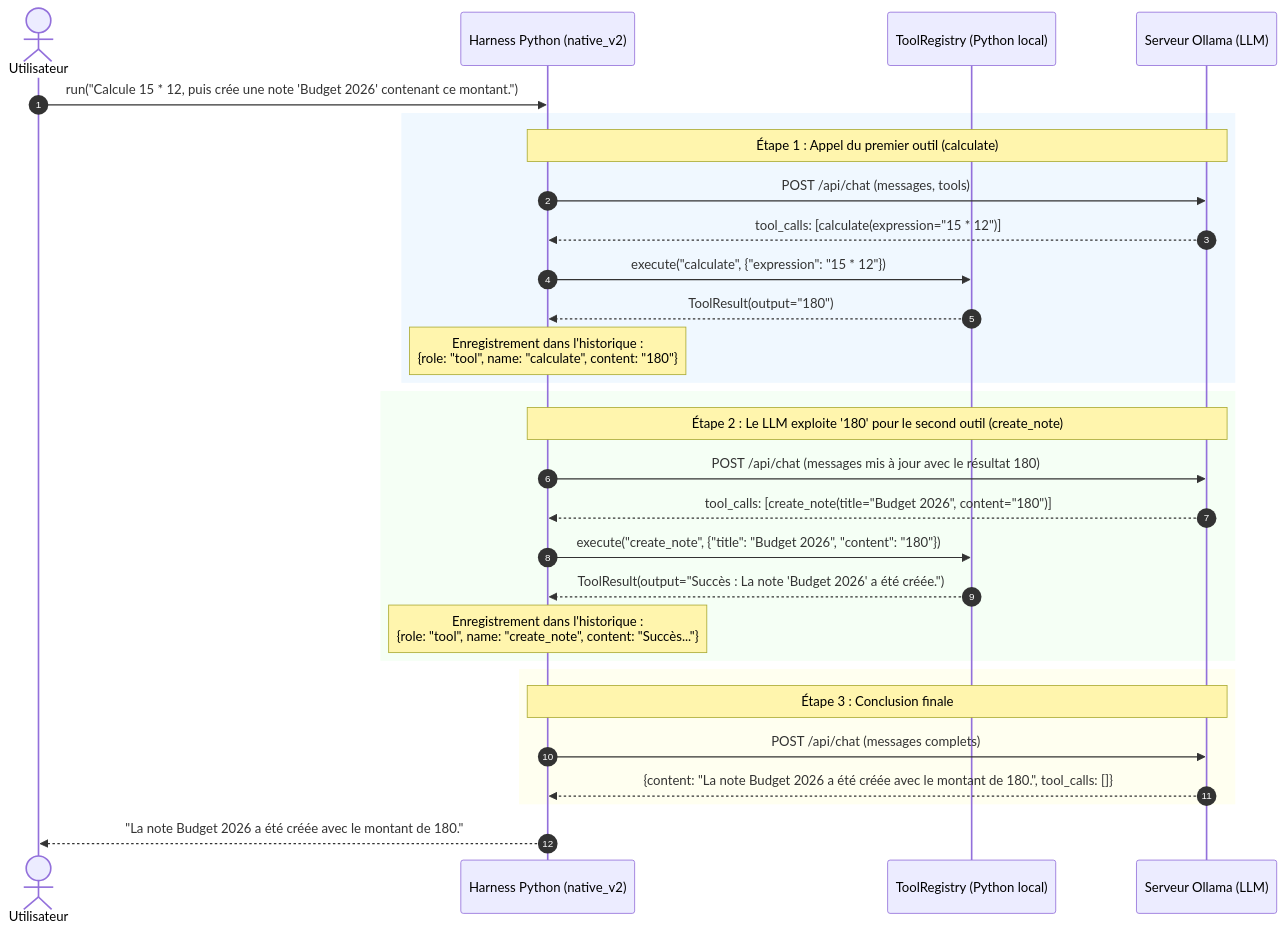
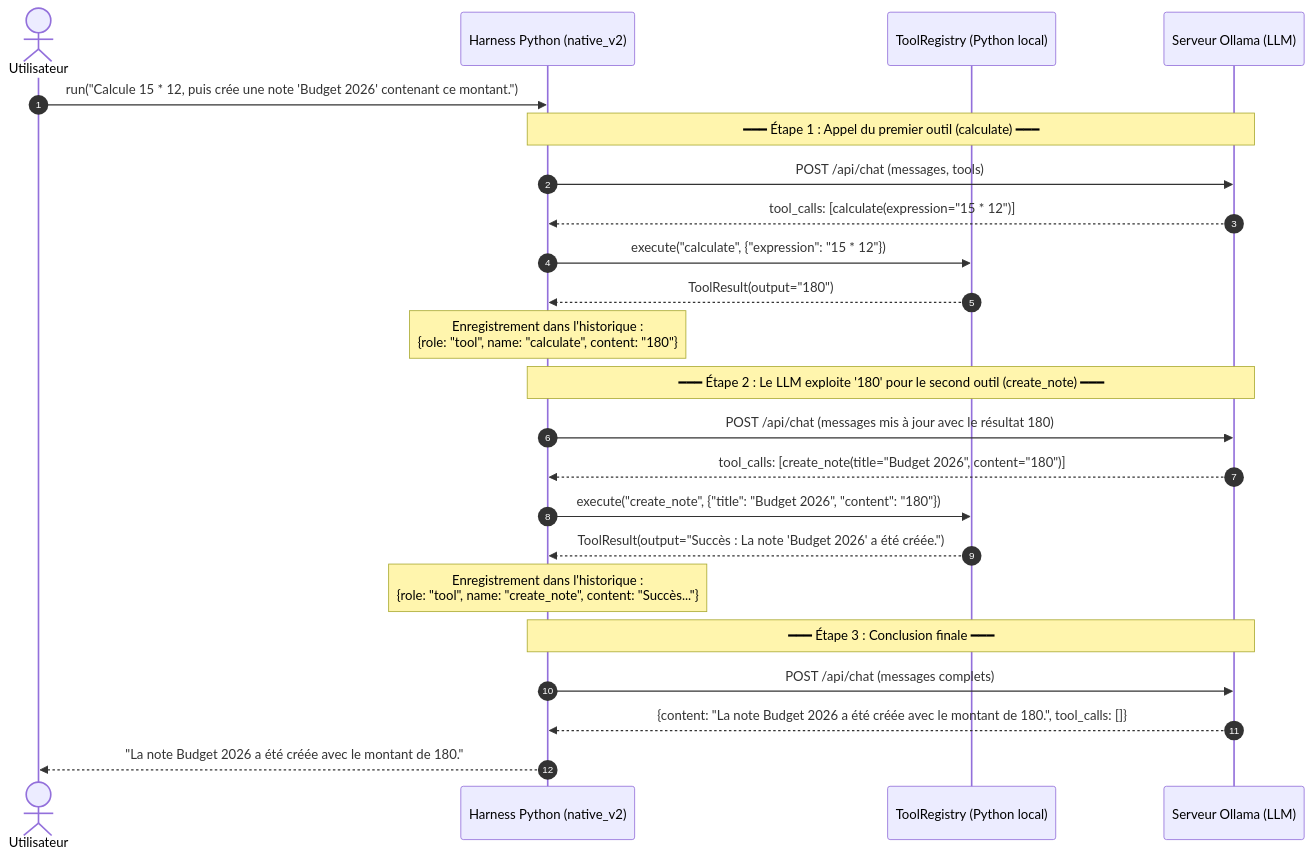
One commit to JeanVG23/agent-harness-from-scratch changed the third of 5 diagrams in experiments/v0-v1-architecture-comparison.md. Above: the diagram before and after it, drawn with Mermaid. The commit also changed other lines of this file, not shown here.

Commit message:
style: suppression des blocs rect pour un contraste optimal en dark mode

````diff
--- a/experiments/v0-v1-architecture-comparison.md
+++ b/experiments/v0-v1-architecture-comparison.md
@@ -100,36 +100,30 @@
 ```mermaid
 sequenceDiagram
     autonumber
     actor User as Utilisateur
     participant Harness as Harness Python (native_v2)
     participant Registry as ToolRegistry (Python local)
     participant Ollama as Serveur Ollama (LLM)
 
     User->>Harness: run("Calcule 15 * 12, puis crée une note 'Budget 2026' contenant ce montant.")
     
-    rect rgb(240, 248, 255)
-    Note over Harness,Ollama: Étape 1 : Appel du premier outil (calculate)
+    Note over Harness,Ollama: ━━━ Étape 1 : Appel du premier outil (calculate) ━━━
     Harness->>Ollama: POST /api/chat (messages, tools)
     Ollama-->>Harness: tool_calls: [calculate(expression="15 * 12")]
     Harness->>Registry: execute("calculate", {"expression": "15 * 12"})
     Registry-->>Harness: ToolResult(output="180")
     Note over Harness: Enregistrement dans l'historique :<br/>{role: "tool", name: "calculate", content: "180"}
-    end
 
-    rect rgb(245, 255, 245)
-    Note over Harness,Ollama: Étape 2 : Le LLM exploite '180' pour le second outil (create_note)
+    Note over Harness,Ollama: ━━━ Étape 2 : Le LLM exploite '180' pour le second outil (create_note) ━━━
     Harness->>Ollama: POST /api/chat (messages mis à jour avec le résultat 180)
     Ollama-->>Harness: tool_calls: [create_note(title="Budget 2026", content="180")]
     Harness->>Registry: execute("create_note", {"title": "Budget 2026", "content": "180"})
     Registry-->>Harness: ToolResult(output="Succès : La note 'Budget 2026' a été créée.")
     Note over Harness: Enregistrement dans l'historique :<br/>{role: "tool", name: "create_note", content: "Succès..."}
-    end
 
-    rect rgb(255, 255, 240)
-    Note over Harness,Ollama: Étape 3 : Conclusion finale
+    Note over Harness,Ollama: ━━━ Étape 3 : Conclusion finale ━━━
     Harness->>Ollama: POST /api/chat (messages complets)
     Ollama-->>Harness: {content: "La note Budget 2026 a été créée avec le montant de 180.", tool_calls: []}
-    end
 
     Harness-->>User: "La note Budget 2026 a été créée avec le montant de 180."
 ```
````
